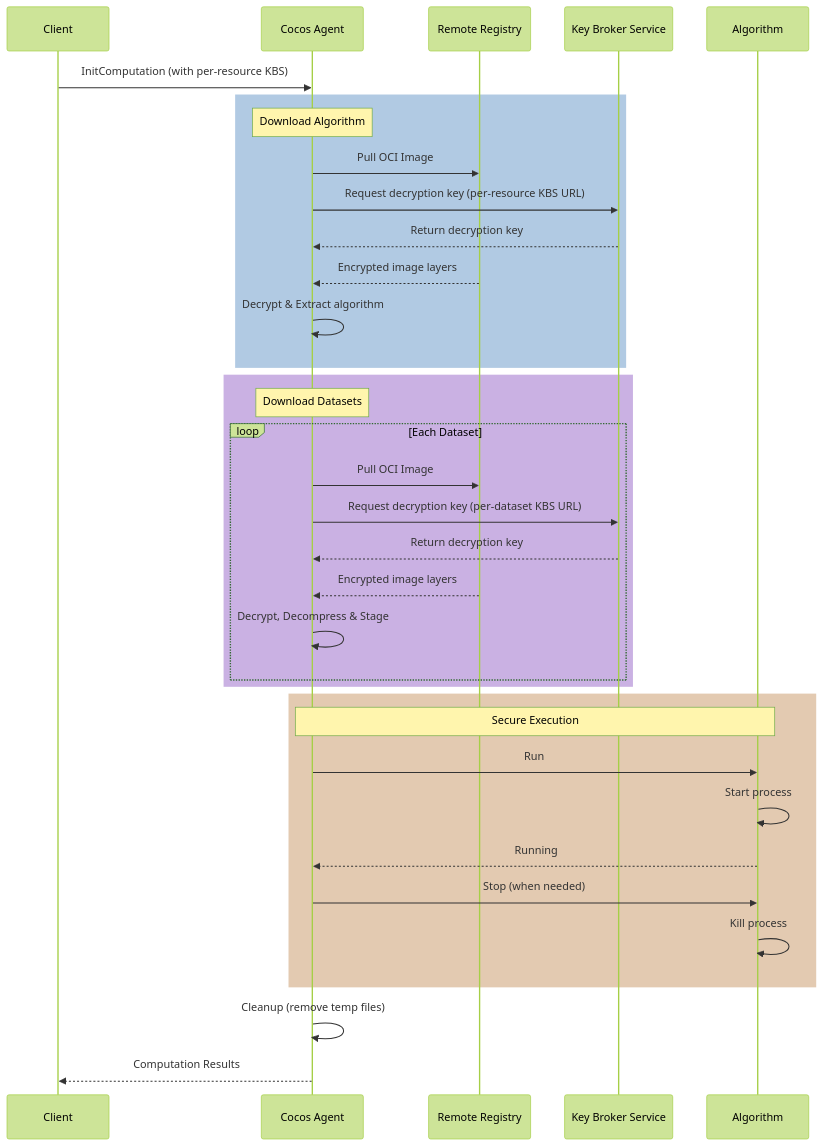
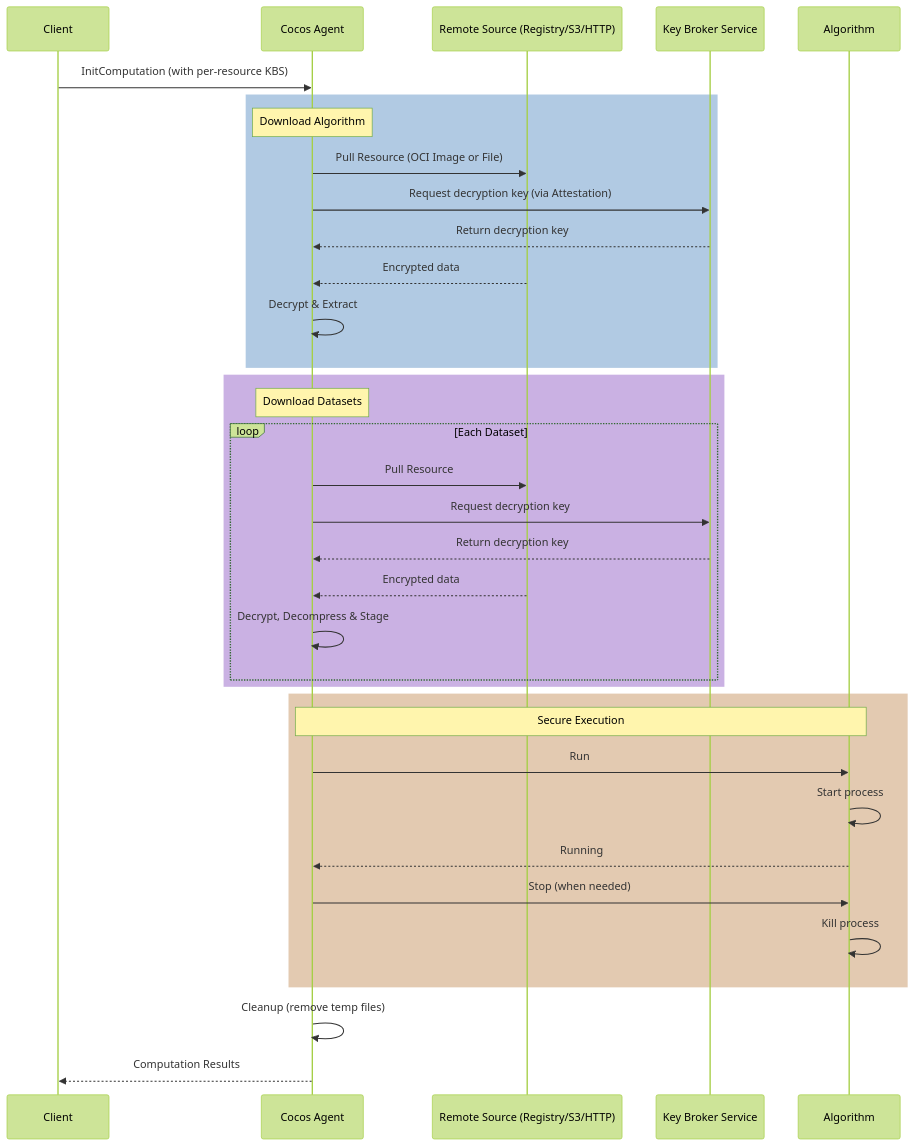
One commit to ultravioletrs/cocos.ai changed the diagram in content/docs/remote-resources.md. Above: the diagram before and after it, drawn with Mermaid (forest theme). The commit also changed other lines of this file, not shown here.

First line of the commit message:
NOISSUE - Expand remote resources documentation to include support for S3, GCS, and HTTP(S) storage sources (#16)

````diff
--- a/content/docs/remote-resources.md
+++ b/content/docs/remote-resources.md
@@ -21,42 +31,42 @@
 ```mermaid
 sequenceDiagram
     participant Client
     participant Agent as Cocos Agent
-    participant Registry as Remote Registry
+    participant Registry as Remote Source (Registry/S3/HTTP)
     participant KBS as Key Broker Service
     participant Algo as Algorithm
     
     Client->>Agent: InitComputation (with per-resource KBS)
     
     rect rgba(100, 150, 200, 0.5)
     note over Agent: Download Algorithm
-    Agent->>Registry: Pull OCI Image
-    Agent->>KBS: Request decryption key (per-resource KBS URL)
+    Agent->>Registry: Pull Resource (OCI Image or File)
+    Agent->>KBS: Request decryption key (via Attestation)
     KBS-->>Agent: Return decryption key
-    Registry-->>Agent: Encrypted image layers
-    Agent->>Agent: Decrypt & Extract algorithm
+    Registry-->>Agent: Encrypted data
+    Agent->>Agent: Decrypt & Extract
     end
     
     rect rgba(150, 100, 200, 0.5)
     note over Agent: Download Datasets
     loop Each Dataset
-        Agent->>Registry: Pull OCI Image
-        Agent->>KBS: Request decryption key (per-dataset KBS URL)
+        Agent->>Registry: Pull Resource
+        Agent->>KBS: Request decryption key
         KBS-->>Agent: Return decryption key
-        Registry-->>Agent: Encrypted image layers
+        Registry-->>Agent: Encrypted data
         Agent->>Agent: Decrypt, Decompress & Stage
     end
     end
     
     rect rgba(200, 150, 100, 0.5)
     note over Agent, Algo: Secure Execution
     Agent->>Algo: Run
     Algo->>Algo: Start process
     Algo-->>Agent: Running
     Agent->>Algo: Stop (when needed)
     Algo->>Algo: Kill process
     end
     
     Agent->>Agent: Cleanup (remove temp files)
     Agent-->>Client: Computation Results
 ```
````
